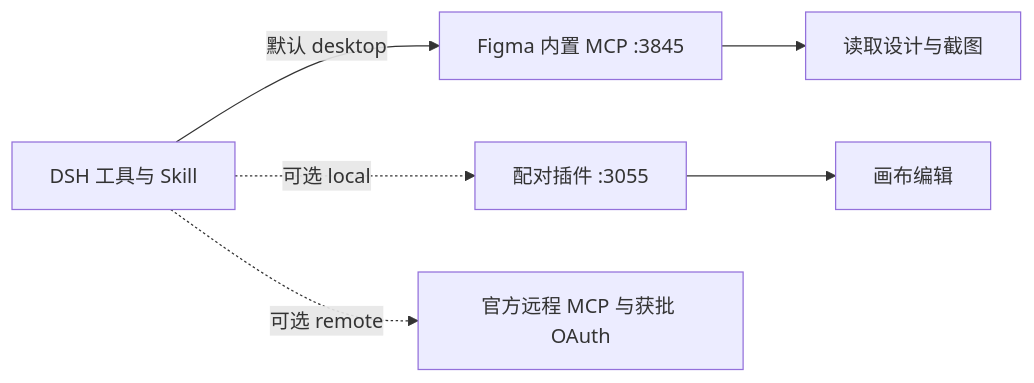
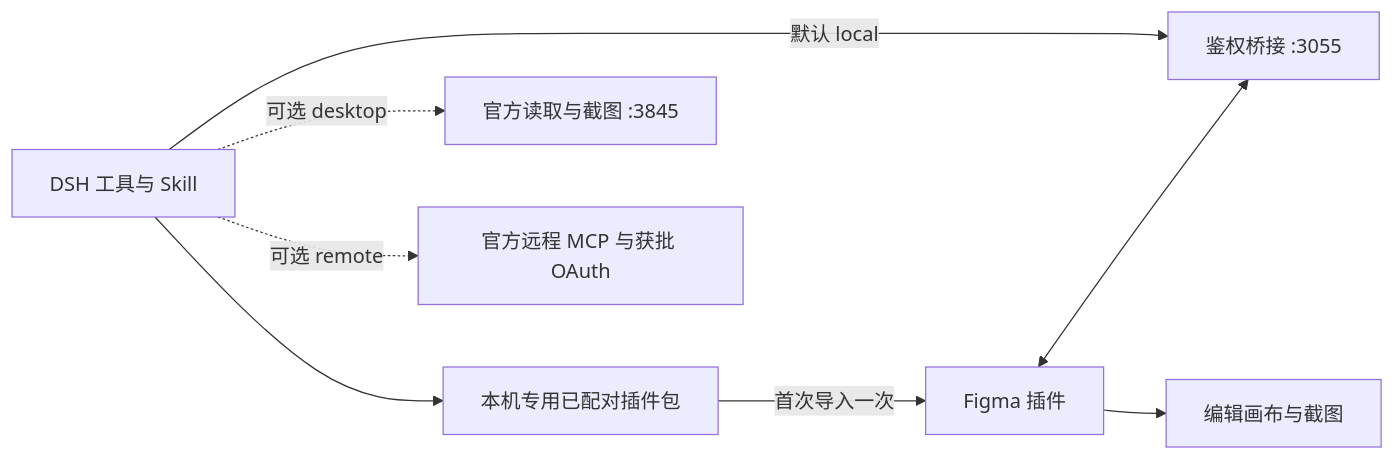
Before and after one commit to Duoasa/DSH-to-Figma: the diagram in README.zh-CN.md, drawn with Mermaid. The commit also changed other lines of this file and 25 other files, not shown here.

Commit message:
Default to local mode with automatically paired Figma companion

````diff
--- a/README.zh-CN.md
+++ b/README.zh-CN.md
@@ -60,8 +60,10 @@
 ```mermaid
 flowchart LR
-    A[DSH 工具与 Skill] -->|默认 desktop| B[Figma 内置 MCP :3845]
-    B --> C[读取设计与截图]
-    A -. 可选 local .-> D[配对插件 :3055]
-    D --> E[画布编辑]
-    A -. 可选 remote .-> F[官方远程 MCP 与获批 OAuth]
+    A[DSH 工具与 Skill] -->|默认 local| B[鉴权桥接 :3055]
+    A --> C[本机专用已配对插件包]
+    C -->|首次导入一次| D[Figma 插件]
+    D <--> B
+    D --> E[编辑画布与截图]
+    A -. 可选 desktop .-> F[官方读取与截图 :3845]
+    A -. 可选 remote .-> G[官方远程 MCP 与获批 OAuth]
 ```
````
